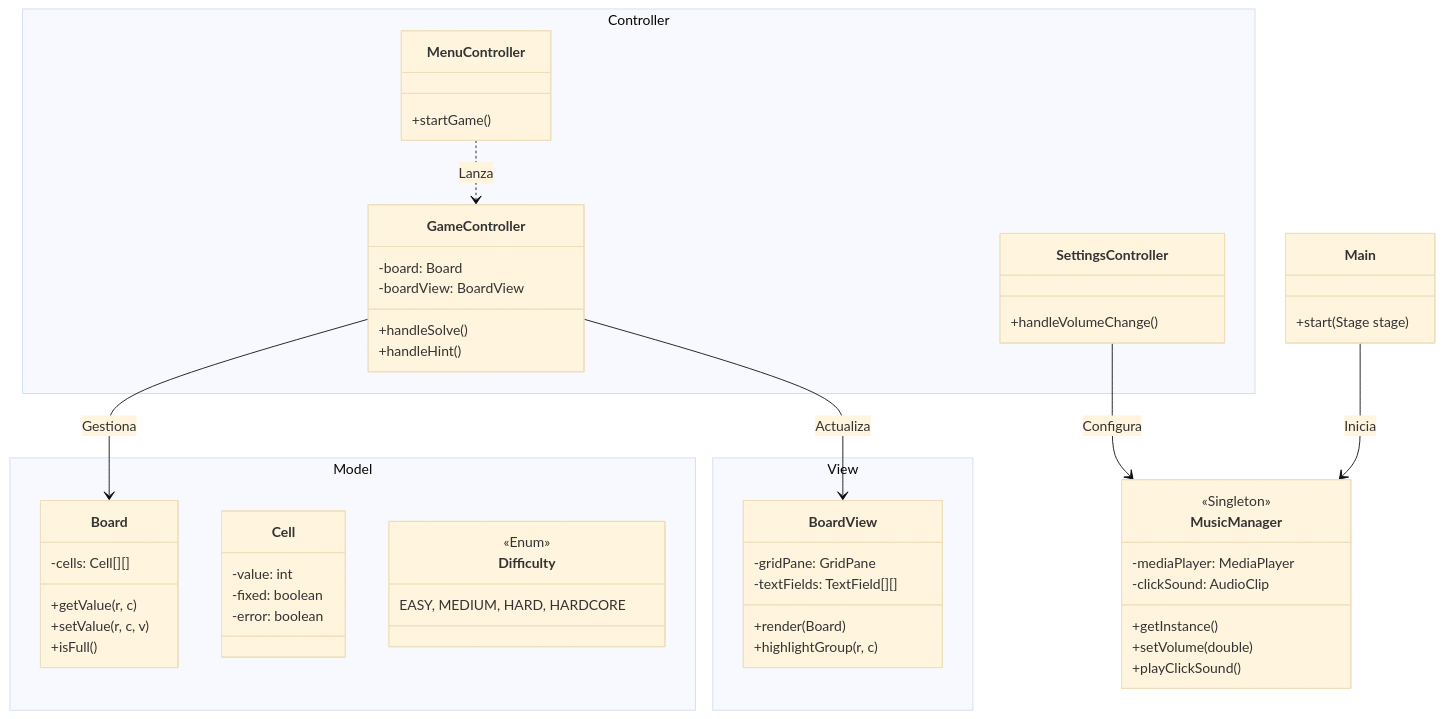
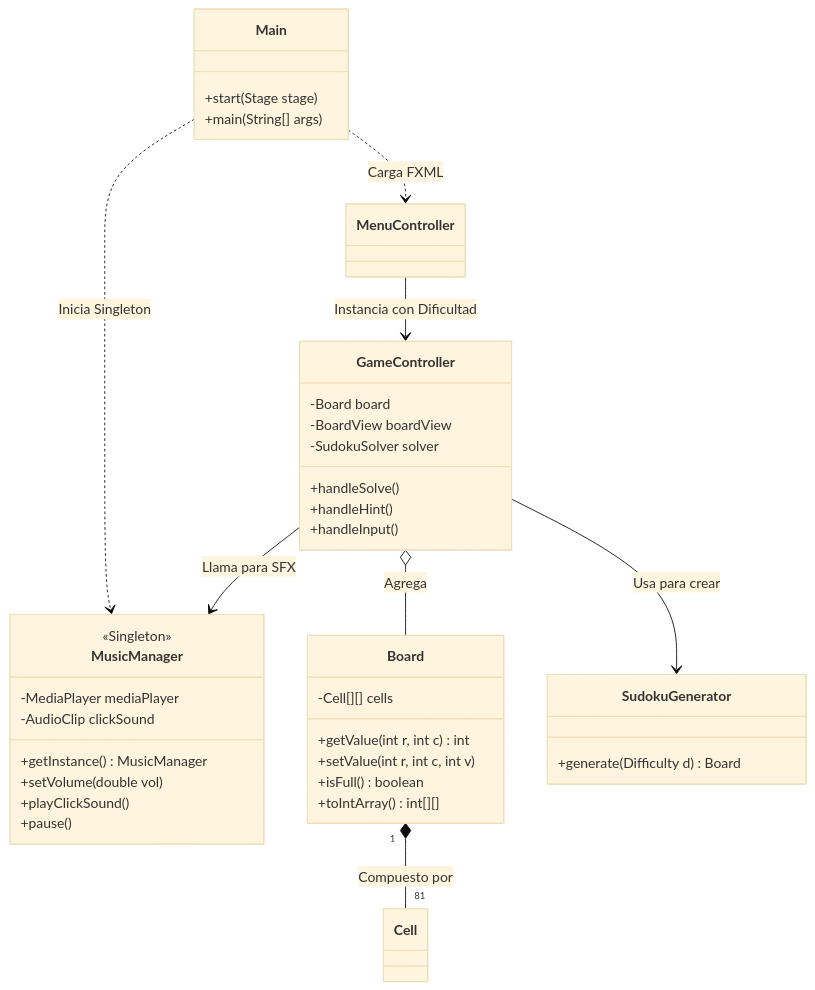
One commit to LastraMigue/Videogame-SUDOKU changed the first of 6 diagrams in docs/DESIGN.md. Above: the diagram before and after it, drawn with Mermaid (base theme). The commit also changed other lines of this file, not shown here.

Commit message:
docs: comprehensive architectural overhaul of DESIGN.md with 6 diagrams

````diff
--- a/docs/DESIGN.md
+++ b/docs/DESIGN.md
@@ -7,65 +10,48 @@
 ```mermaid
 classDiagram
     direction TB
     
     class Main {
         +start(Stage stage)
+        +main(String[] args)
     }
     
     class MusicManager {
         <<Singleton>>
-        -mediaPlayer: MediaPlayer
-        -clickSound: AudioClip
-        +getInstance()
-        +setVolume(double)
+        -MediaPlayer mediaPlayer
+        -AudioClip clickSound
+        +getInstance() MusicManager
+        +setVolume(double vol)
         +playClickSound()
+        +pause()
     }
     
-    namespace Model {
-        class Board {
-            -cells: Cell[][]
-            +getValue(r, c)
-            +setValue(r, c, v)
-            +isFull()
-        }
-        class Cell {
-            -value: int
-            -fixed: boolean
-            -error: boolean
-        }
-        class Difficulty {
-            <<Enum>>
-            EASY, MEDIUM, HARD, HARDCORE
-        }
+    class Board {
+        -Cell[][] cells
+        +getValue(int r, int c) int
+        +setValue(int r, int c, int v)
+        +isFull() boolean
+        +toIntArray() int[][]
     }
     
-    namespace Controller {
-        class GameController {
-            -board: Board
-            -boardView: BoardView
-            +handleSolve()
-            +handleHint()
-        }
-        class MenuController {
-            +startGame()
-        }
-        class SettingsController {
-            +handleVolumeChange()
-        }
+    class GameController {
+        -Board board
+        -BoardView boardView
+        -SudokuSolver solver
+        +handleSolve()
+        +handleHint()
+        +handleInput()
     }
     
-    namespace View {
-        class BoardView {
-            -gridPane: GridPane
-            -textFields: TextField[][]
-            +render(Board)
-            +highlightGroup(r, c)
-        }
+    class SudokuGenerator {
+        +generate(Difficulty d) Board
     }
-    
-    Main --> MusicManager : Inicia
-    GameController --> Board : Gestiona
-    GameController --> BoardView : Actualiza
-    MenuController ..> GameController : Lanza
-    SettingsController --> MusicManager : Configura
+
+    Main ..> MusicManager : Inicia Singleton
+    Main ..> MenuController : Carga FXML
+    MenuController --> GameController : Instancia con Dificultad
+    GameController o-- Board : Agrega
+    GameController --> SudokuGenerator : Usa para crear
+    GameController --> MusicManager : Llama para SFX
+    Board "1" *-- "81" Cell : Compuesto por
 ```
````
